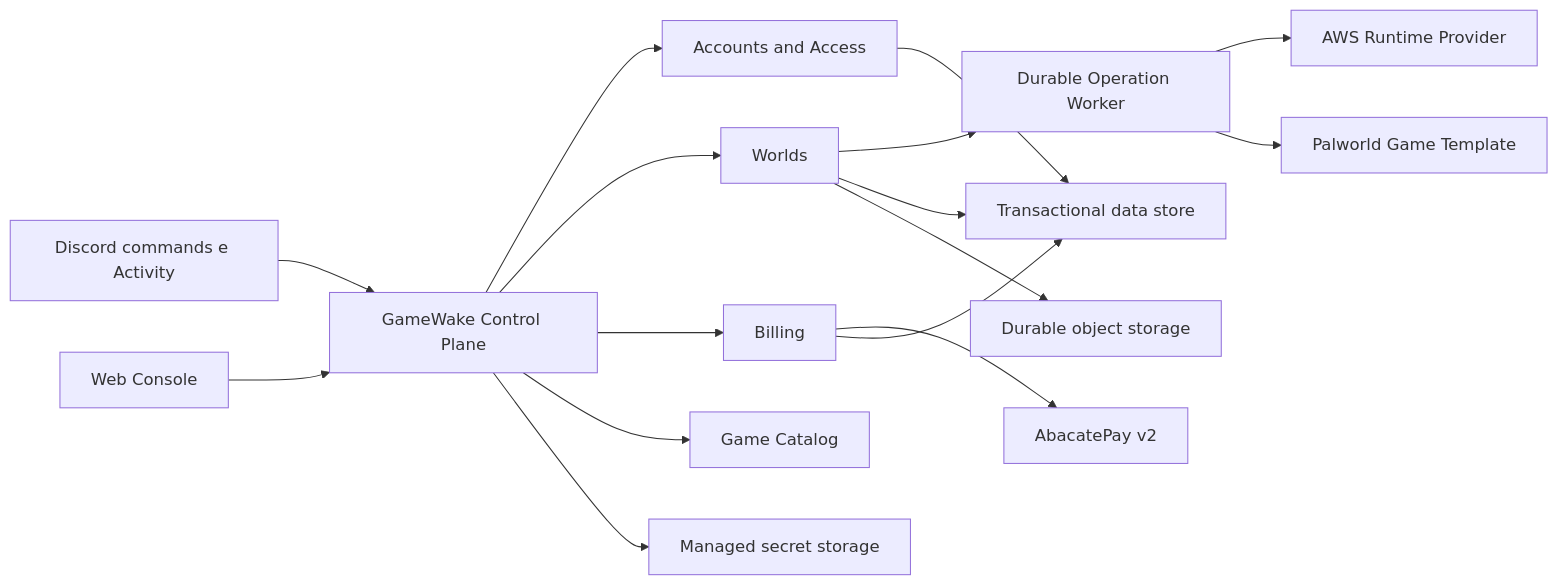
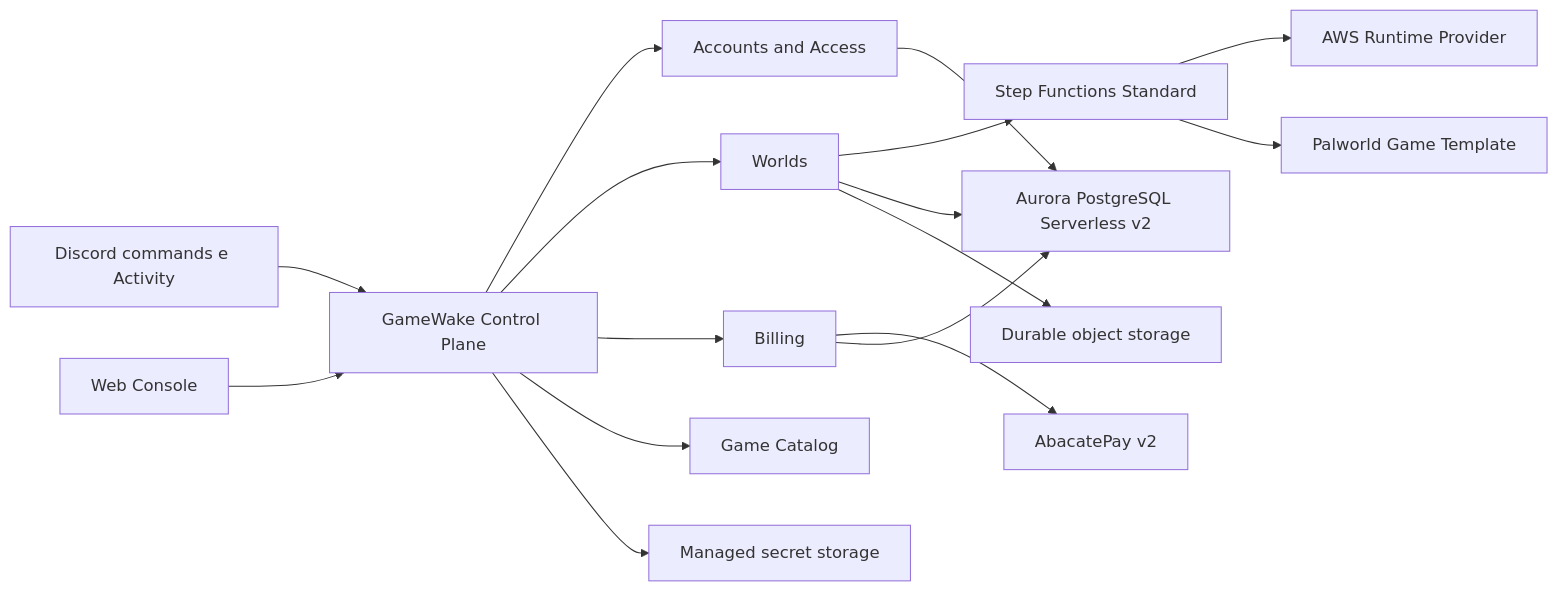
Before and after one commit to SchunckLeonardo/game-wake: the third of 3 diagrams in docs/GAMEWAKE_FOUNDATION.md, drawn with Mermaid. The commit also changed other lines of this file and 2 other files, not shown here.

Commit message:
docs: select Aurora and Step Functions
Record Aurora PostgreSQL Serverless v2 through RDS Data API as the transactional store and Step Functions Standard as the durable workflow engine. Preserve explicit idempotency and reconciliation at every external-effect boundary.

````diff
--- a/docs/GAMEWAKE_FOUNDATION.md
+++ b/docs/GAMEWAKE_FOUNDATION.md
@@ -192,18 +192,18 @@
 ```mermaid
 flowchart LR
     Discord["Discord commands e Activity"] --> API["GameWake Control Plane"]
     Web["Web Console"] --> API
     API --> Access["Accounts and Access"]
     API --> Worlds["Worlds"]
     API --> Billing["Billing"]
     API --> Catalog["Game Catalog"]
-    Worlds --> Worker["Durable Operation Worker"]
+    Worlds --> Worker["Step Functions Standard"]
     Worker --> AWS["AWS Runtime Provider"]
     Worker --> Pal["Palworld Game Template"]
     Billing --> Abacate["AbacatePay v2"]
-    Access --> DB["Transactional data store"]
+    Access --> DB["Aurora PostgreSQL Serverless v2"]
     Worlds --> DB
     Billing --> DB
     Worlds --> Objects["Durable object storage"]
     API --> Secrets["Managed secret storage"]
 ```
````
